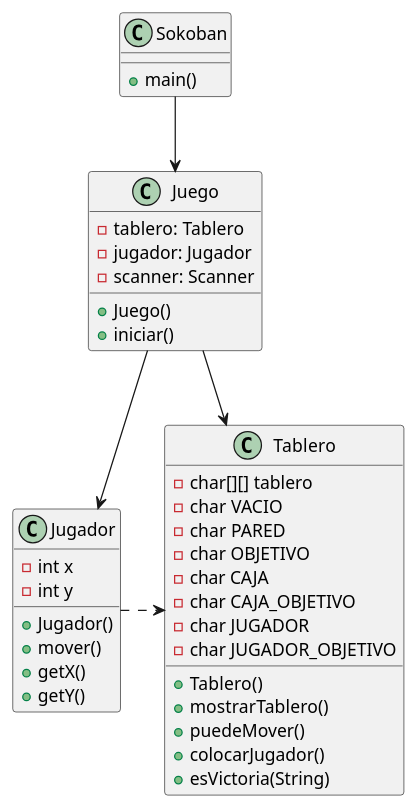
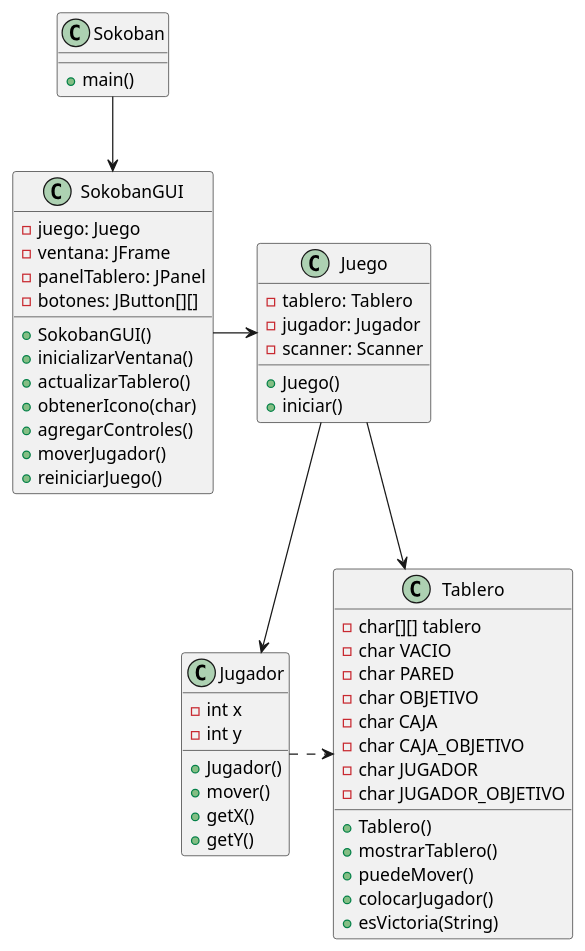
Before and after one commit to Mike37Jet/Sokoban: the diagram in Sokoban.puml, drawn with PlantUML. The commit also changed 9 other files, not shown here.

```diff
--- a/Sokoban.puml
+++ b/Sokoban.puml
@@ -1,40 +1,56 @@
 @startuml
 class Sokoban {
     + main()
 }
 class Juego {
     - tablero: Tablero
     - jugador: Jugador
     - scanner: Scanner
     + Juego()
     + iniciar()
+}
+
+class SokobanGUI{
+    - juego: Juego
+    - ventana: JFrame
+    - panelTablero: JPanel
+    - botones: JButton[][]
+    + SokobanGUI()
+    + inicializarVentana()
+    + actualizarTablero()
+    + obtenerIcono(char)
+    + agregarControles()
+    + moverJugador()
+    + reiniciarJuego()
+
 }
 class Jugador {
     - int x
     - int y
     + Jugador()
     + mover()
     + getX()
     + getY()
 }
 class Tablero {
     - char[][] tablero
     - char VACIO
     - char PARED
     - char OBJETIVO
     - char CAJA
     - char CAJA_OBJETIVO
     - char JUGADOR
     - char JUGADOR_OBJETIVO
     + Tablero()
     + mostrarTablero()
     + puedeMover()
     + colocarJugador()
     + esVictoria(String)
 }
 
-Sokoban --> Juego
+Sokoban --> SokobanGUI
+SokobanGUI -> Juego
 Juego --> Jugador
 Juego --> Tablero
 Jugador .> Tablero
 @enduml
```
